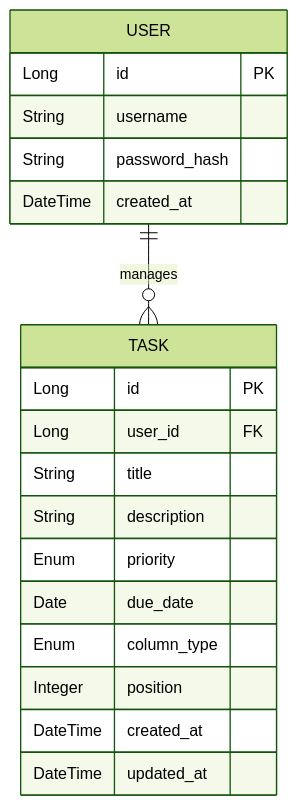
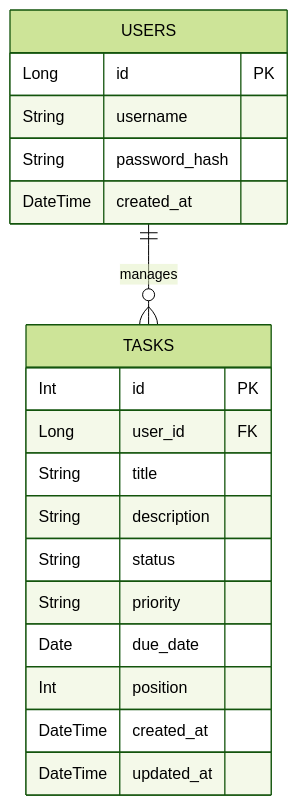
One commit to saki-nakata/TaskManagement changed the second of 2 diagrams in docs/er-diagram.md. Above: the diagram before and after it, drawn with Mermaid (forest theme). The commit also changed other lines of this file and 18 other files, not shown here.

````diff
--- a/docs/er-diagram.md
+++ b/docs/er-diagram.md
@@ -3,22 +26,22 @@
 ```mermaid
 erDiagram
-    USER {
+    USERS {
         Long id PK
         String username
         String password_hash
         DateTime created_at
     }
-    TASK {
-        Long id PK
+    TASKS {
+        Int id PK
         Long user_id FK
         String title
         String description
-        Enum priority
+        String status
+        String priority
         Date due_date
-        Enum column_type
-        Integer position
+        Int position
         DateTime created_at
         DateTime updated_at
     }
-    USER ||--o{ TASK : "manages"
+    USERS ||--o{ TASKS : "manages"
 ```
````
